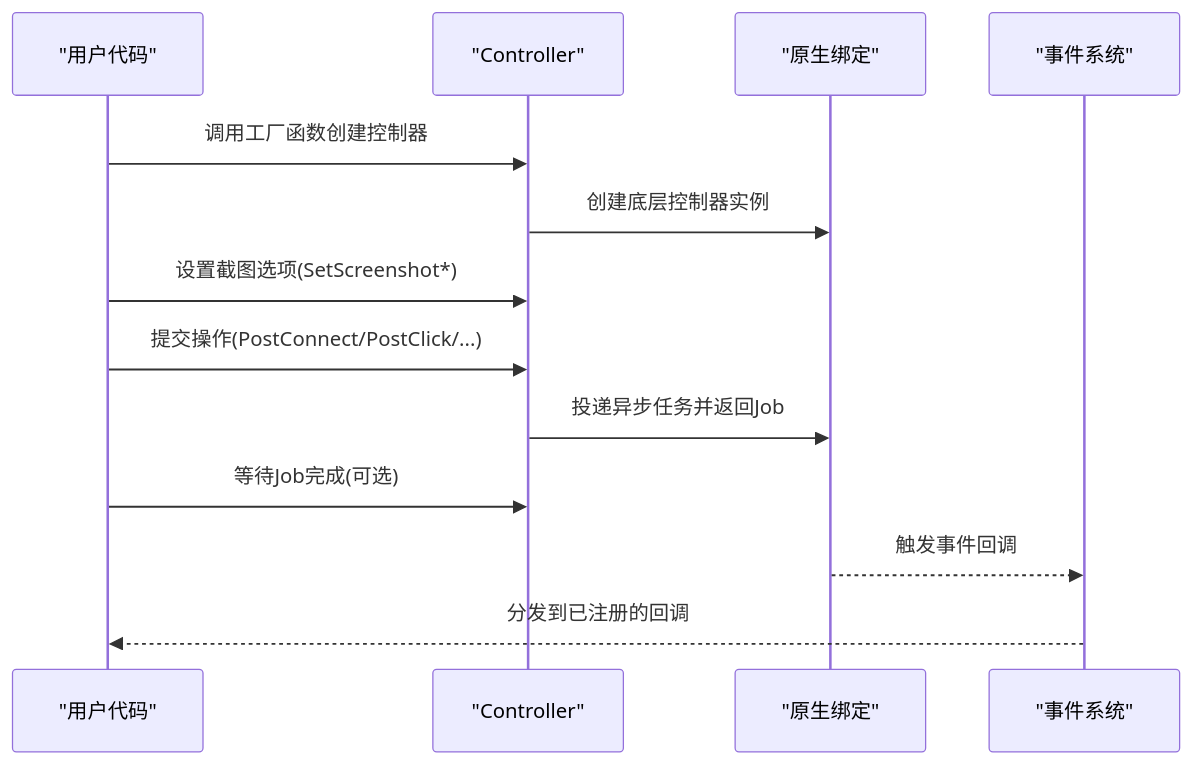
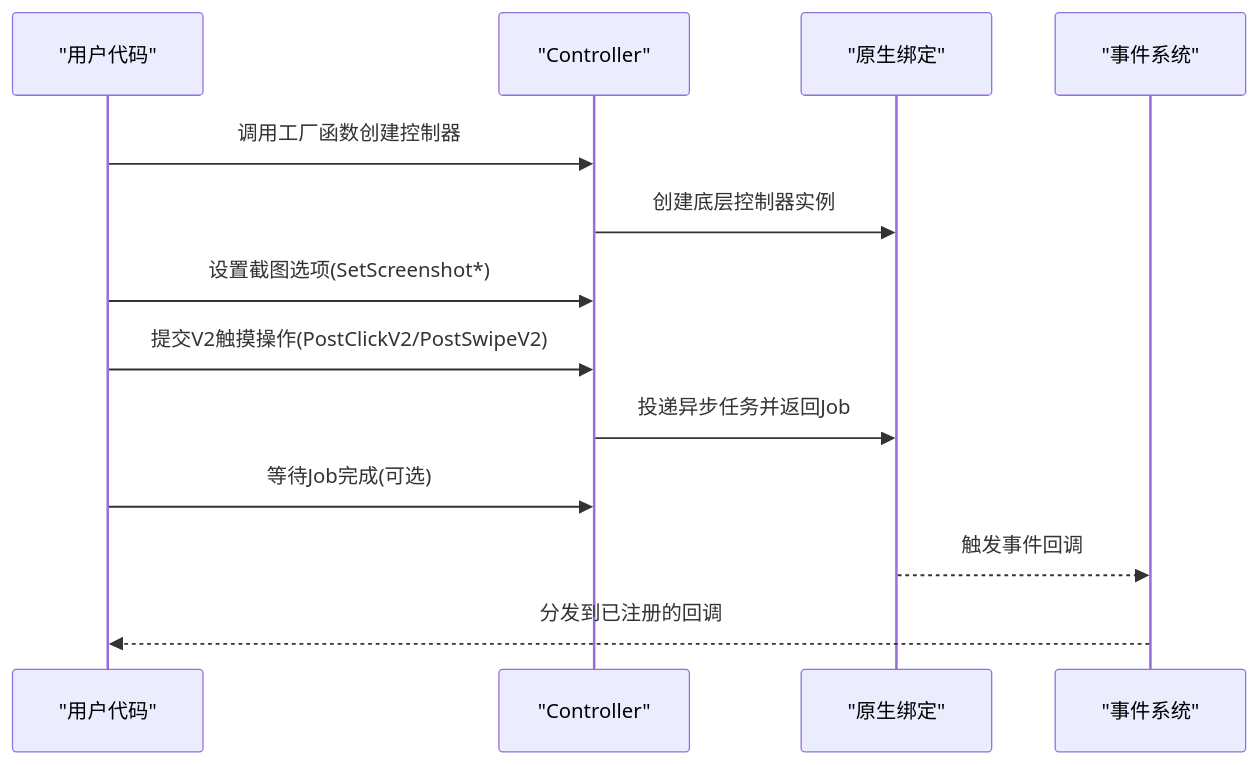
The second of 3 diagrams in instructions/maafw-golang-binding/API参考/控制器.md (kqcoxn/MaaPipelineEditor), drawn with Mermaid before and after one commit. The commit also changed other lines of this file and 7 other files, not shown here.

````diff
--- a/instructions/maafw-golang-binding/API参考/控制器.md
+++ b/instructions/maafw-golang-binding/API参考/控制器.md
@@ -94,15 +102,15 @@
 ```mermaid
 sequenceDiagram
 participant U as "用户代码"
 participant C as "Controller"
 participant N as "原生绑定"
 participant E as "事件系统"
 U->>C : 调用工厂函数创建控制器
 C->>N : 创建底层控制器实例
 U->>C : 设置截图选项(SetScreenshot*)
-U->>C : 提交操作(PostConnect/PostClick/...)
+U->>C : 提交V2触摸操作(PostClickV2/PostSwipeV2)
 C->>N : 投递异步任务并返回Job
 U->>C : 等待Job完成(可选)
 N-->>E : 触发事件回调
 E-->>U : 分发到已注册的回调
 ```
````
